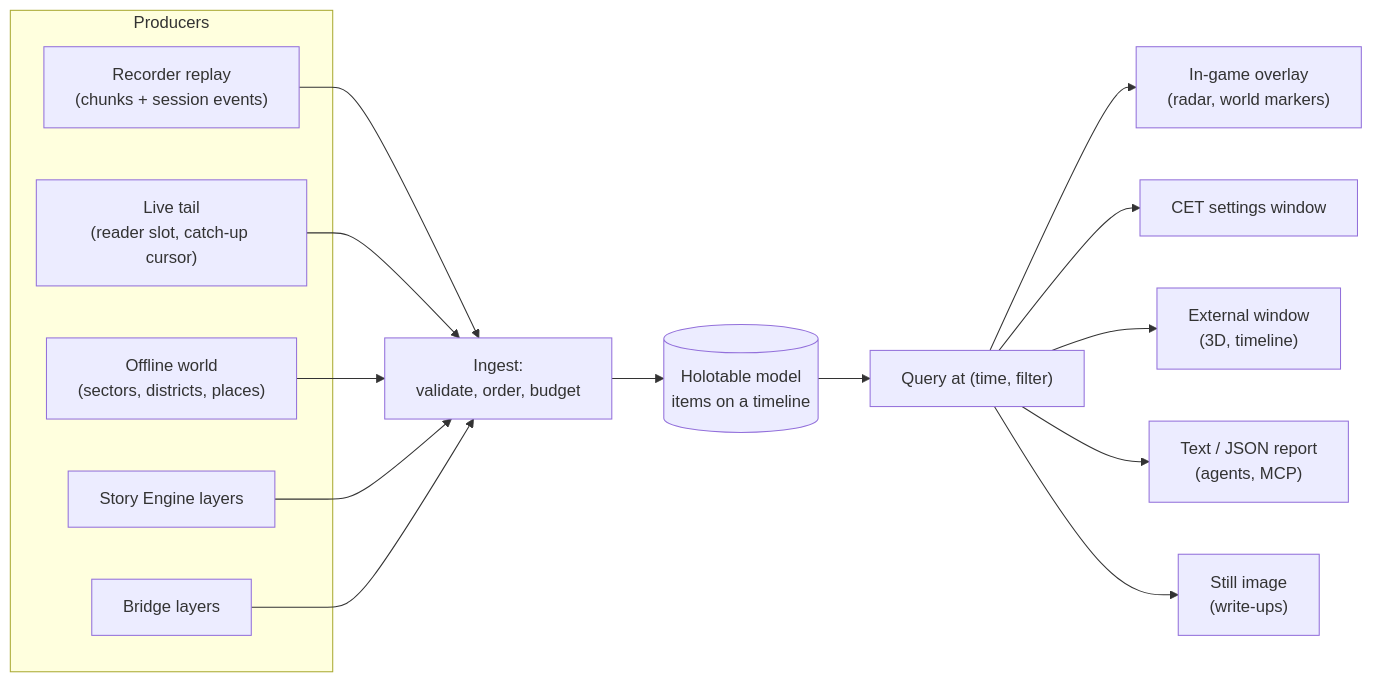
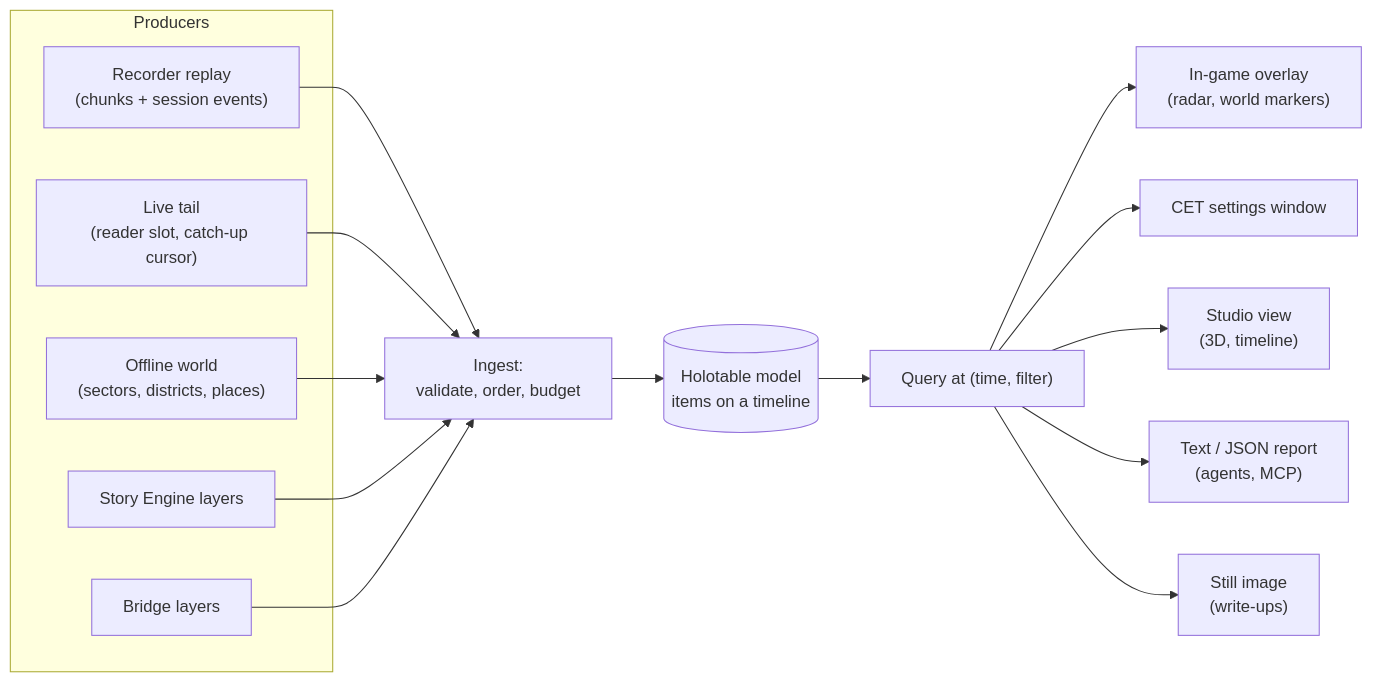
Before and after one commit to axefrog/xf-studio: the first of 2 diagrams in research/live-world-view/proposal.md, drawn with Mermaid. The commit also changed other lines of this file and 2 other files, not shown here.

Commit message:
Holotable proposal: the external view becomes an early-access XF Studio module behind a flag, with the data side headless

````diff
--- a/research/live-world-view/proposal.md
+++ b/research/live-world-view/proposal.md
@@ -41,22 +41,22 @@
 ```mermaid
 flowchart LR
   subgraph Producers
     R["Recorder replay<br/>(chunks + session events)"]
     L["Live tail<br/>(reader slot, catch-up cursor)"]
     W["Offline world<br/>(sectors, districts, places)"]
     S["Story Engine layers"]
     B["Bridge layers"]
   end
   R --> I["Ingest:<br/>validate, order, budget"]
   L --> I
   W --> I
   S --> I
   B --> I
   I --> M[("Holotable model<br/>items on a timeline")]
   M --> Q["Query at (time, filter)"]
   Q --> P4["In-game overlay<br/>(radar, world markers)"]
   Q --> P6["CET settings window"]
-  Q --> P1["External window<br/>(3D, timeline)"]
+  Q --> P1["Studio view<br/>(3D, timeline)"]
   Q --> P3["Text / JSON report<br/>(agents, MCP)"]
   Q --> P5["Still image<br/>(write-ups)"]
 ```
````
